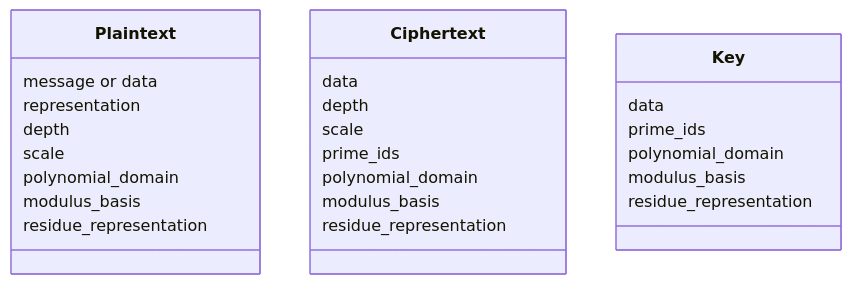
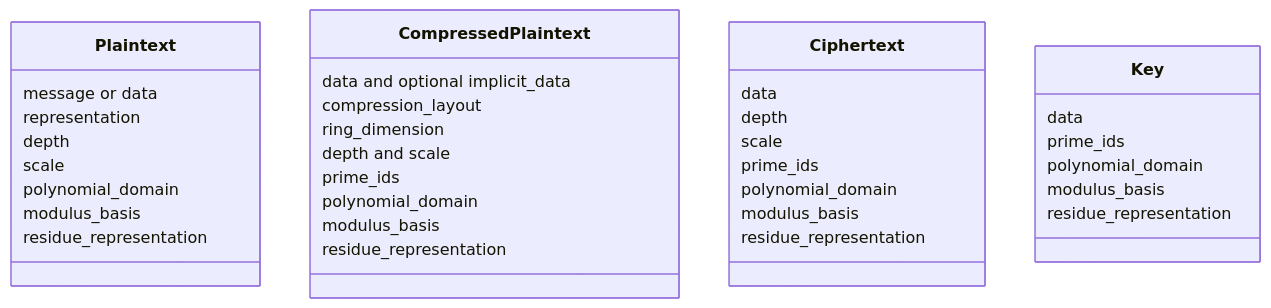
The first of 3 diagrams in docs/concepts/ckks/value-model-and-identity.md (visualDust/fhelium), drawn with Mermaid before and after one commit. The commit also changed other lines of this file and 426 other files, not shown here.

````diff
--- a/docs/concepts/ckks/value-model-and-identity.md
+++ b/docs/concepts/ckks/value-model-and-identity.md
@@ -14,28 +9,38 @@
 ```mermaid
 classDiagram
     class Plaintext {
       message or data
       representation
       depth
       scale
+      polynomial_domain
+      modulus_basis
+      residue_representation
+    }
+    class CompressedPlaintext {
+      data and optional implicit_data
+      compression_layout
+      ring_dimension
+      depth and scale
+      prime_ids
       polynomial_domain
       modulus_basis
       residue_representation
     }
     class Ciphertext {
       data
       depth
       scale
       prime_ids
       polynomial_domain
       modulus_basis
       residue_representation
     }
     class Key {
       data
       prime_ids
       polynomial_domain
       modulus_basis
       residue_representation
     }
 ```
````
